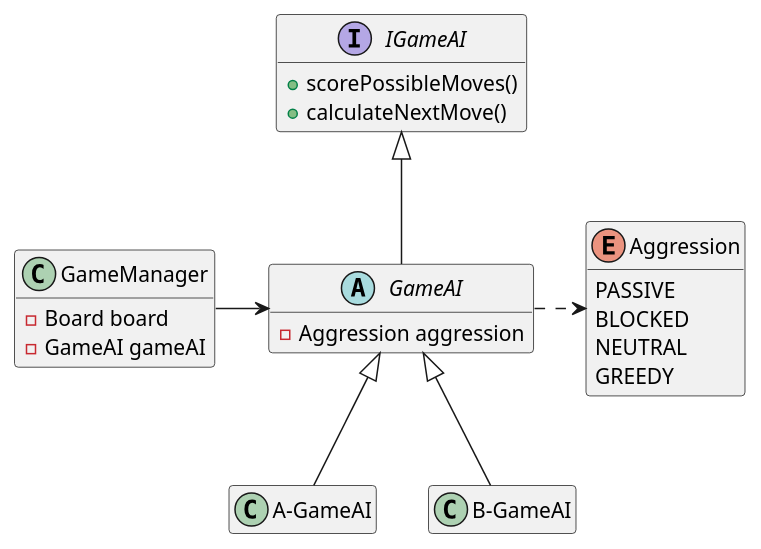
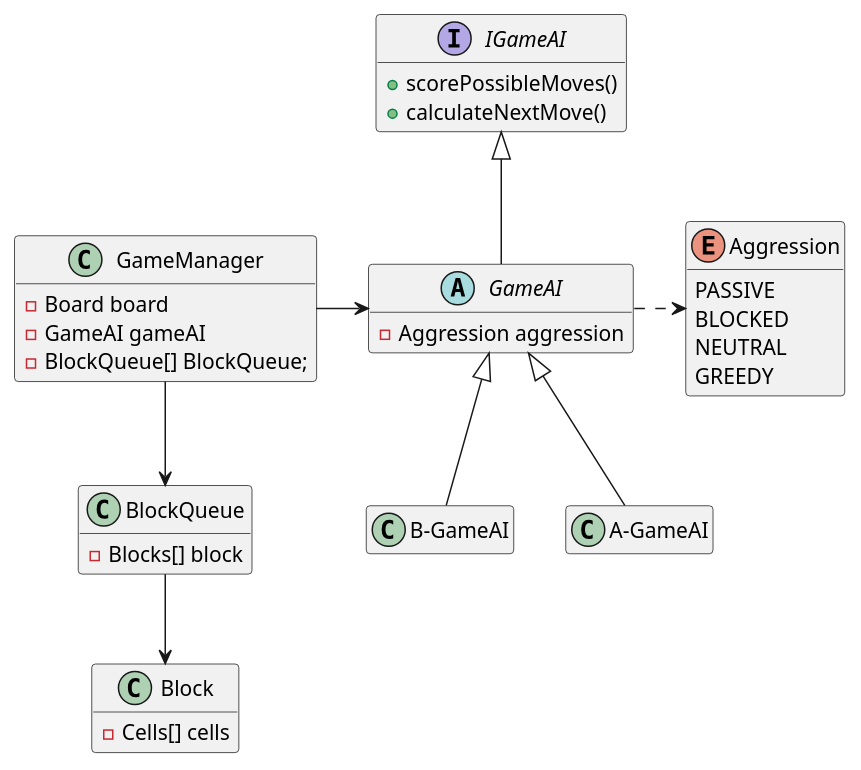
Before and after one commit to binu-manoharan/CGBF: the diagram in docs/game-ai.puml, drawn with PlantUML.

Commit message:
Update class diagram

```diff
--- a/docs/game-ai.puml
+++ b/docs/game-ai.puml
@@ -1,36 +1,46 @@
 @startuml
 
 hide empty fields
 hide empty method
 
 class GameManager {
     - Board board
     - GameAI gameAI
+    - BlockQueue[] BlockQueue;
 }
 
+class BlockQueue {
+    - Blocks[] block
+}
+
+class Block {
+    - Cells[] cells
+}
 interface IGameAI {
     + scorePossibleMoves()
     + calculateNextMove()
 }
 abstract class GameAI extends IGameAI {
     - Aggression aggression
 }
 
 class A-GameAI extends GameAI {
 
 }
 
 class B-GameAI extends GameAI {
 
 }
 
 enum Aggression {
     PASSIVE
     BLOCKED
     NEUTRAL
     GREEDY
 }
 
 GameAI ..r> Aggression
 GameManager --r> GameAI
+GameManager --> BlockQueue
+BlockQueue --> Block
 @enduml
```
